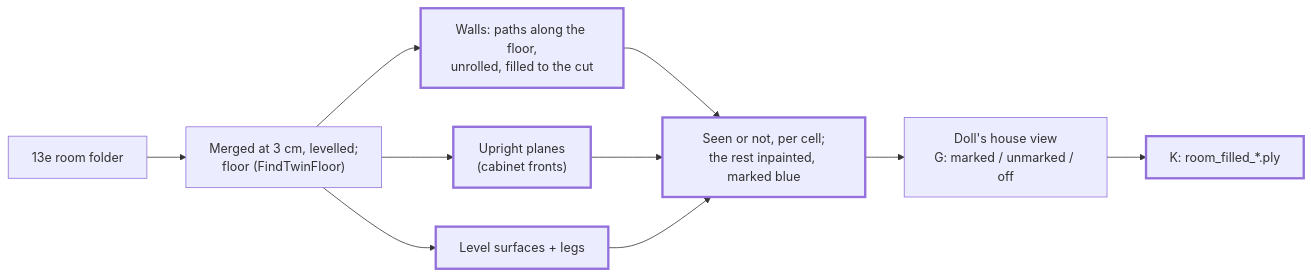
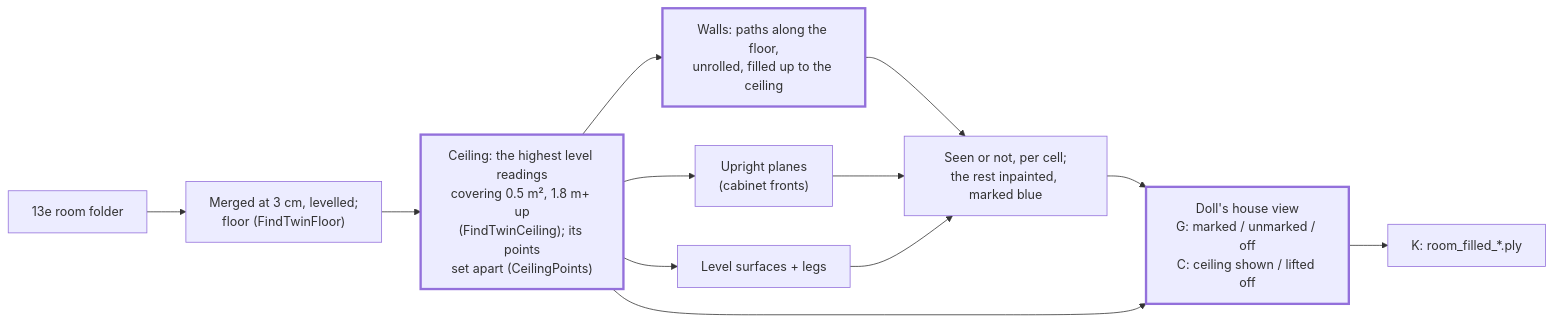
Before and after one commit to Kramav/Spotter: diagram 30 of 32 in exercises/cpp/EXAMPLES.md, drawn with Mermaid. The commit also changed other lines of this file and 30 other files, not shown here.

````diff
--- a/exercises/cpp/EXAMPLES.md
+++ b/exercises/cpp/EXAMPLES.md
@@ -697,15 +699,17 @@
 ```mermaid
 flowchart LR
     FOLD["13e room folder"] --> LOAD["Merged at 3 cm, levelled;<br/>floor (FindTwinFloor)"]
-    LOAD --> WALL["Walls: paths along the floor,<br/>unrolled, filled to the cut"]
-    LOAD --> UP["Upright planes<br/>(cabinet fronts)"]
-    LOAD --> LV["Level surfaces + legs"]
+    LOAD --> CEIL["Ceiling: the highest level readings<br/>covering 0.5 m², 1.8 m+ up<br/>(FindTwinCeiling); its points<br/>set apart (CeilingPoints)"]
+    CEIL --> WALL["Walls: paths along the floor,<br/>unrolled, filled up to the ceiling"]
+    CEIL --> UP["Upright planes<br/>(cabinet fronts)"]
+    CEIL --> LV["Level surfaces + legs"]
     WALL --> SEEN["Seen or not, per cell;<br/>the rest inpainted, marked blue"]
     UP --> SEEN
     LV --> SEEN
-    SEEN --> SHOW["Doll's house view<br/>G: marked / unmarked / off"]
+    SEEN --> SHOW["Doll's house view<br/>G: marked / unmarked / off<br/>C: ceiling shown / lifted off"]
+    CEIL --> SHOW
     SHOW --> PLY["K: room_filled_*.ply"]
 
     classDef new stroke-width:3px
-    class WALL,UP,LV,SEEN,PLY new
+    class CEIL,WALL,SHOW new
 ```
````
